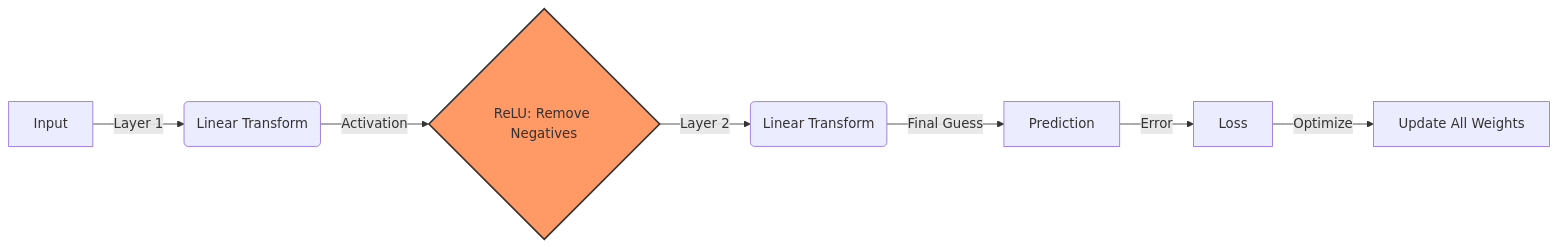
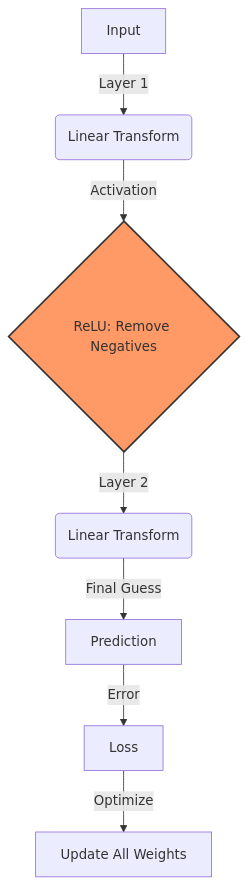
The fourth of 4 diagrams in README.md (rp-bg/ai_learning), drawn with Mermaid before and after one commit. The commit also changed other lines of this file, not shown here.

Commit message:
neural model with Relu. Added to flow charts to readme. corrections.

````diff
--- a/README.md
+++ b/README.md
@@ -114,11 +114,11 @@
 ```mermaid
-graph LR
+graph TD
     A[Input] -->|Layer 1| B(Linear Transform)
     B -->|Activation| C{ReLU: Remove Negatives}
     C -->|Layer 2| D(Linear Transform)
     D -->|Final Guess| E[Prediction]
     E -->|Error| F[Loss]
     F -->|Optimize| G[Update All Weights]
 
     style C fill:#f96,stroke:#333,stroke-width:2px
 ```
````
